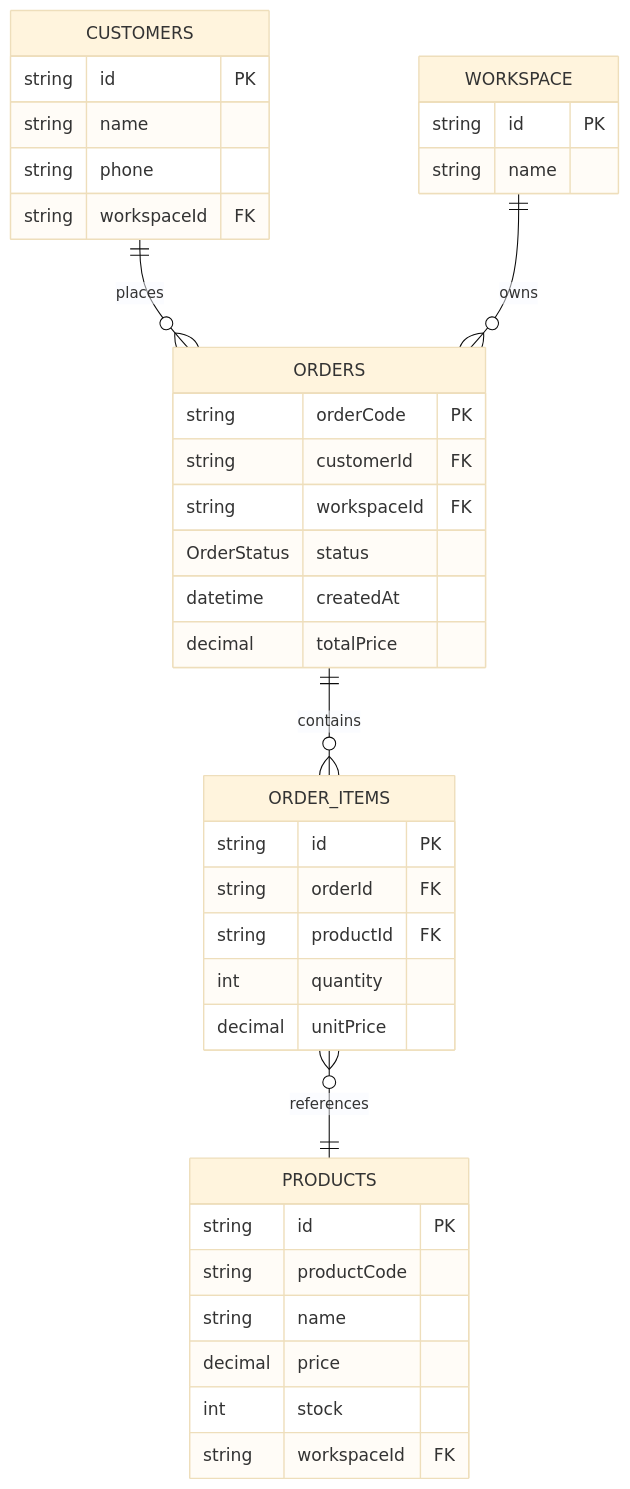
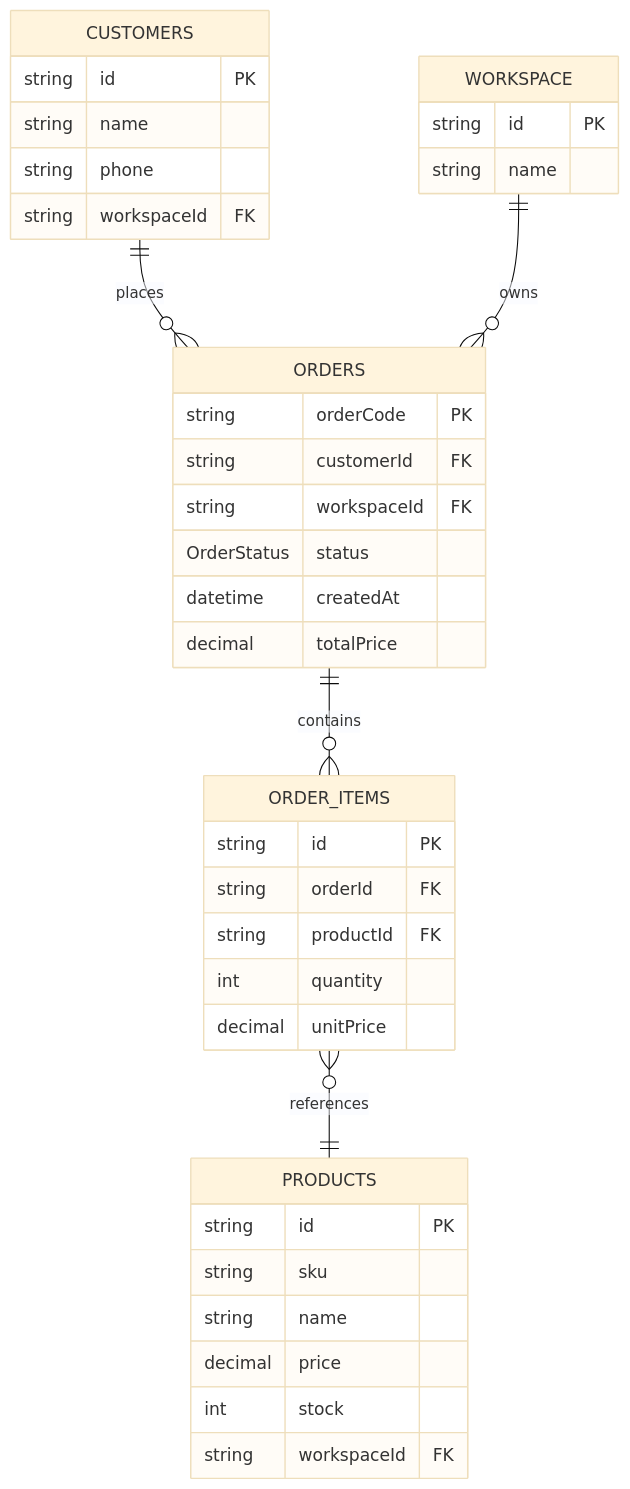
Before and after one commit to gelsogrove/shopMeNow: the diagram in specs/122-rag-con-prodcuct/data-model.md, drawn with Mermaid (base theme). The commit also changed other lines of this file and 59 other files, not shown here.

First line of the commit message:
refactor: rename productCode to sku across the codebase

````diff
--- a/specs/122-rag-con-prodcuct/data-model.md
+++ b/specs/122-rag-con-prodcuct/data-model.md
@@ -295,45 +295,45 @@
 ```mermaid
 erDiagram
     ORDERS ||--o{ ORDER_ITEMS : contains
     ORDER_ITEMS }o--|| PRODUCTS : references
     CUSTOMERS ||--o{ ORDERS : places
     WORKSPACE ||--o{ ORDERS : owns
 
     ORDERS {
         string orderCode PK
         string customerId FK
         string workspaceId FK
         OrderStatus status
         datetime createdAt
         decimal totalPrice
     }
 
     ORDER_ITEMS {
         string id PK
         string orderId FK
         string productId FK
         int quantity
         decimal unitPrice
     }
 
     PRODUCTS {
         string id PK
-        string productCode
+        string sku
         string name
         decimal price
         int stock
         string workspaceId FK
     }
 
     CUSTOMERS {
         string id PK
         string name
         string phone
         string workspaceId FK
     }
 
     WORKSPACE {
         string id PK
         string name
     }
 ```
````
